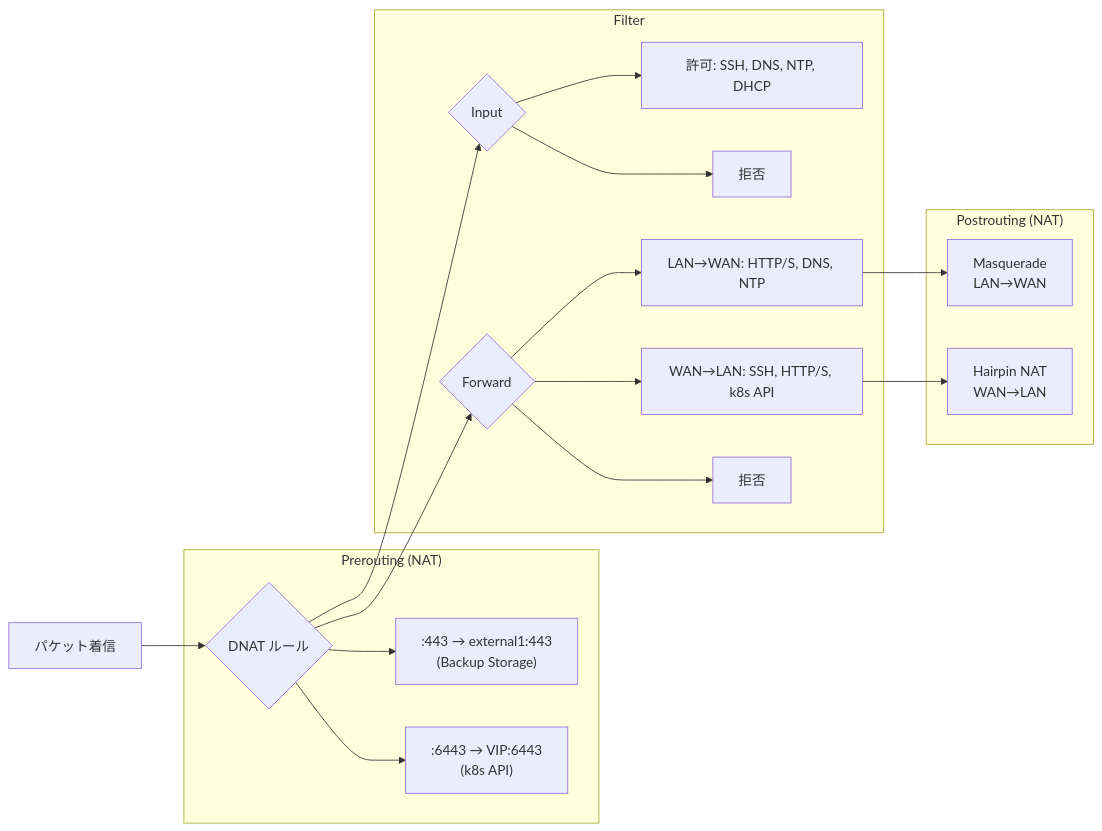
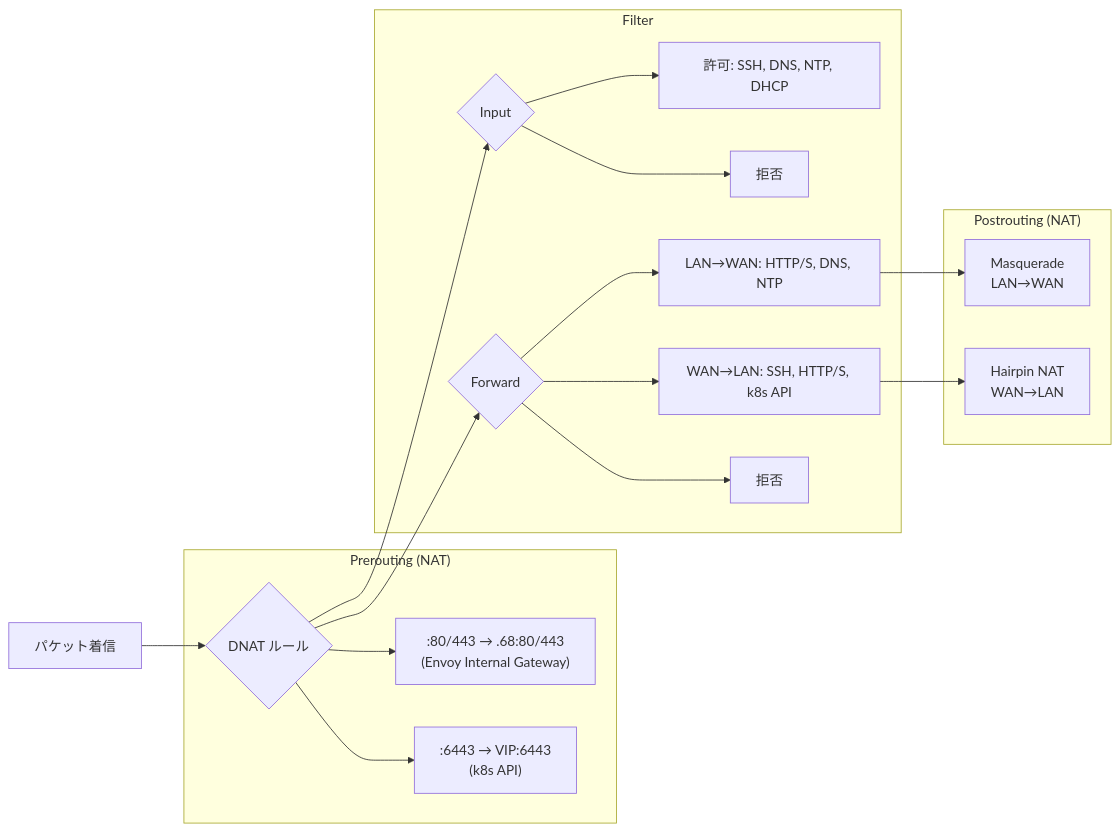
The second of 2 diagrams in docs/network.md (bright-room/br-cluster), drawn with Mermaid before and after one commit. The commit also changed other lines of this file and 28 other files, not shown here.

First line of the commit message:
Add Phase 4 Ingress Gateway (Envoy Gateway + External DNS)

````diff
--- a/docs/network.md
+++ b/docs/network.md
@@ -80,38 +82,38 @@
 ```mermaid
 graph LR
     pkt[パケット着信]
 
     subgraph "Prerouting (NAT)"
         dnat{DNAT ルール}
-        dnat1[":443 → external1:443<br/>(Backup Storage)"]
+        dnat1[":80/443 → .68:80/443<br/>(Envoy Internal Gateway)"]
         dnat2[":6443 → VIP:6443<br/>(k8s API)"]
     end
 
     subgraph "Filter"
         input{Input}
         forward{Forward}
         input_accept[許可: SSH, DNS, NTP, DHCP]
         input_drop[拒否]
         fwd_lan_wan[LAN→WAN: HTTP/S, DNS, NTP]
         fwd_wan_lan[WAN→LAN: SSH, HTTP/S, k8s API]
         fwd_drop[拒否]
     end
 
     subgraph "Postrouting (NAT)"
         masq[Masquerade<br/>LAN→WAN]
         hairpin[Hairpin NAT<br/>WAN→LAN]
     end
 
     pkt --> dnat
     dnat --> dnat1
     dnat --> dnat2
     dnat --> input
     dnat --> forward
     input --> input_accept
     input --> input_drop
     forward --> fwd_lan_wan
     forward --> fwd_wan_lan
     forward --> fwd_drop
     fwd_lan_wan --> masq
     fwd_wan_lan --> hairpin
 ```
````
